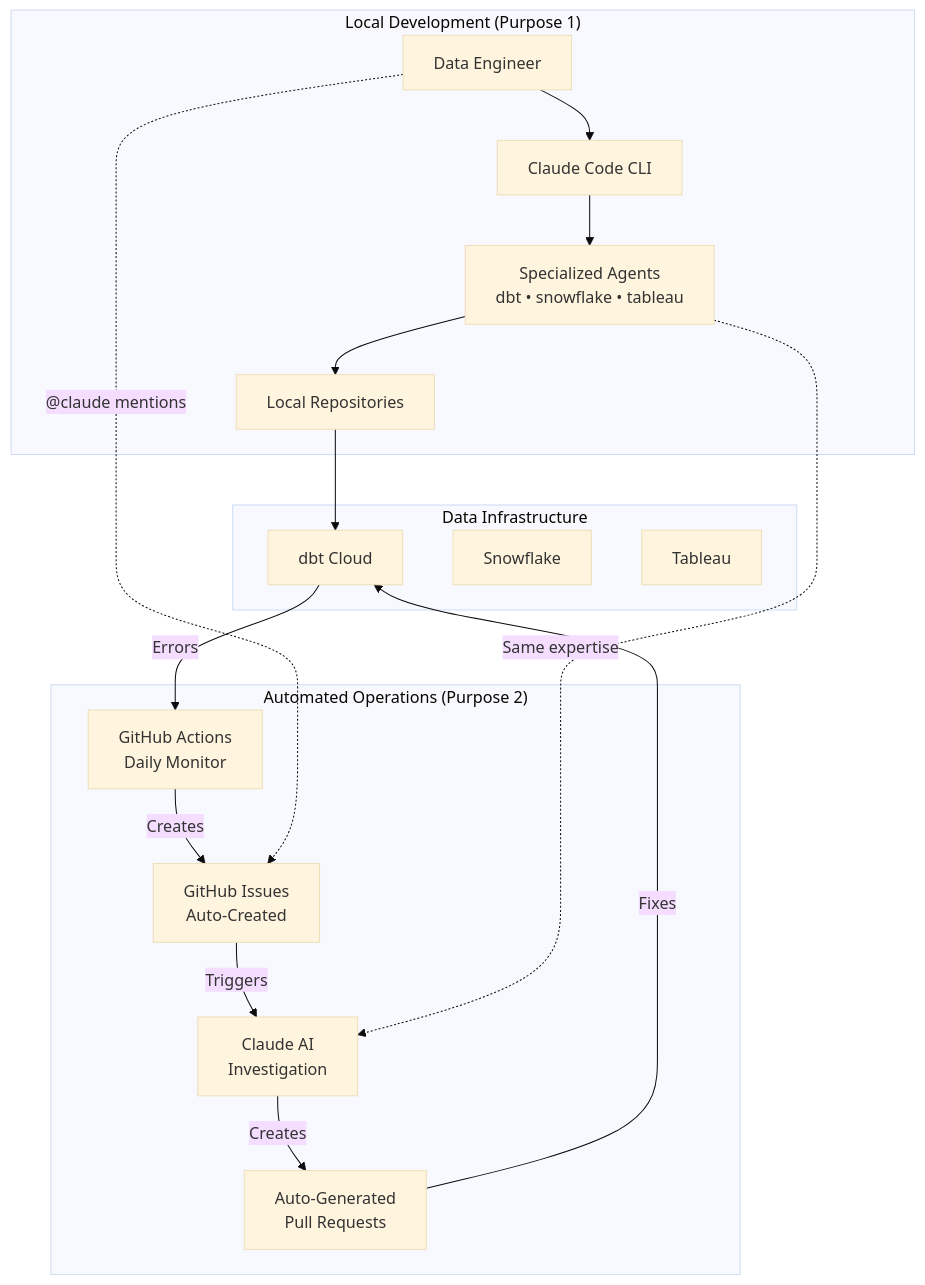
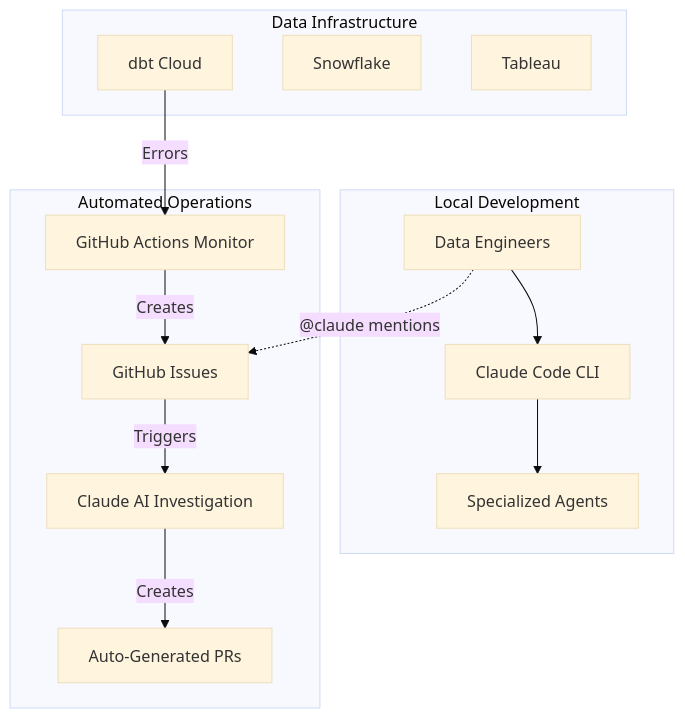
Before and after one commit to dylpickledev/claude-adlc-framework: the diagram in README.md, drawn with Mermaid (base theme). The commit also changed other lines of this file and 2 other files, not shown here.

````diff
--- a/README.md
+++ b/README.md
@@ -28,39 +24,30 @@
 ```mermaid
 graph TB
-    subgraph "Local Development (Purpose 1)"
-        DEV[Data Engineer]
-        CLI[Claude Code CLI]
-        AGENTS[Specialized Agents<br/>dbt • snowflake • tableau]
-        LOCAL[Local Repositories]
-    end
-
-    subgraph "Automated Operations (Purpose 2)"
-        GHA[GitHub Actions<br/>Daily Monitor]
-        GI[GitHub Issues<br/>Auto-Created]
-        CA[Claude AI<br/>Investigation]
-        PR[Auto-Generated<br/>Pull Requests]
-    end
-
     subgraph "Data Infrastructure"
         DBT[dbt Cloud]
         SF[Snowflake]
         TB[Tableau]
     end
 
-    %% Local Development Flow
-    DEV --> CLI
-    CLI --> AGENTS
-    AGENTS --> LOCAL
-    LOCAL --> DBT
+    subgraph "Local Development"
+        CLI[Claude Code CLI]
+        AGENTS[Specialized Agents]
+        DEV[Data Engineers]
+    end
 
-    %% Automated Operations Flow
+    subgraph "Automated Operations"
+        GHA[GitHub Actions Monitor]
+        GI[GitHub Issues]
+        CA[Claude AI Investigation]
+        PR[Auto-Generated PRs]
+    end
+
     DBT -->|Errors| GHA
     GHA -->|Creates| GI
     GI -->|Triggers| CA
     CA -->|Creates| PR
-    PR -->|Fixes| DBT
 
-    %% Cross-Purpose Integration
+    DEV --> CLI
+    CLI --> AGENTS
     DEV -.->|"@claude mentions"| GI
-    AGENTS -.->|"Same expertise"| CA
 ```
````
